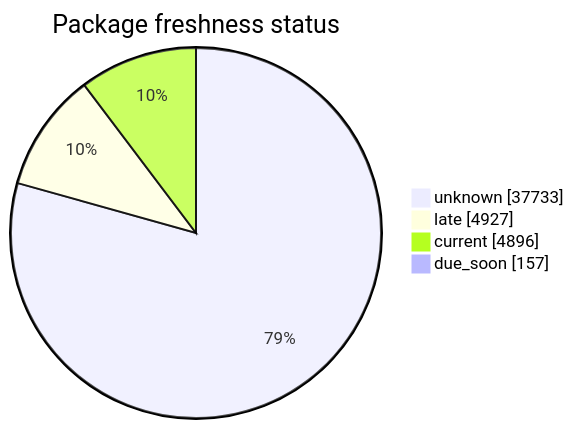
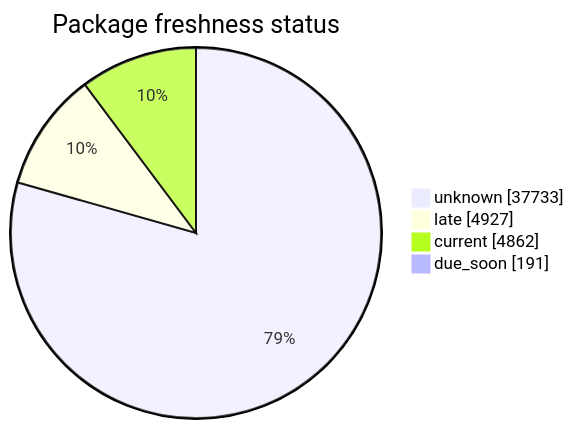
Before and after one commit to open-data/analytics-corporate-reporting: the second of 5 diagrams in FreshCheck/README.md, drawn with Mermaid. The commit also changed other lines of this file and 3 other files, not shown here.

````diff
--- a/FreshCheck/README.md
+++ b/FreshCheck/README.md
@@ -68,7 +68,7 @@
 ```mermaid
 pie showData title Package freshness status
     "unknown": 37733
     "late": 4927
-    "current": 4896
-    "due_soon": 157
+    "current": 4862
+    "due_soon": 191
 ```
````
